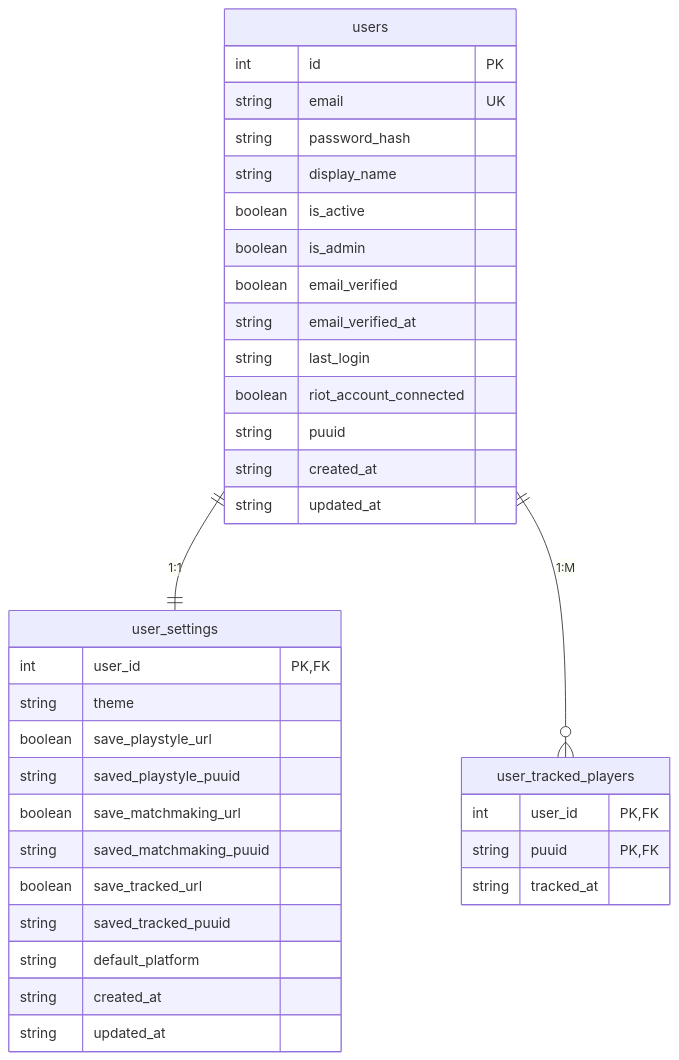
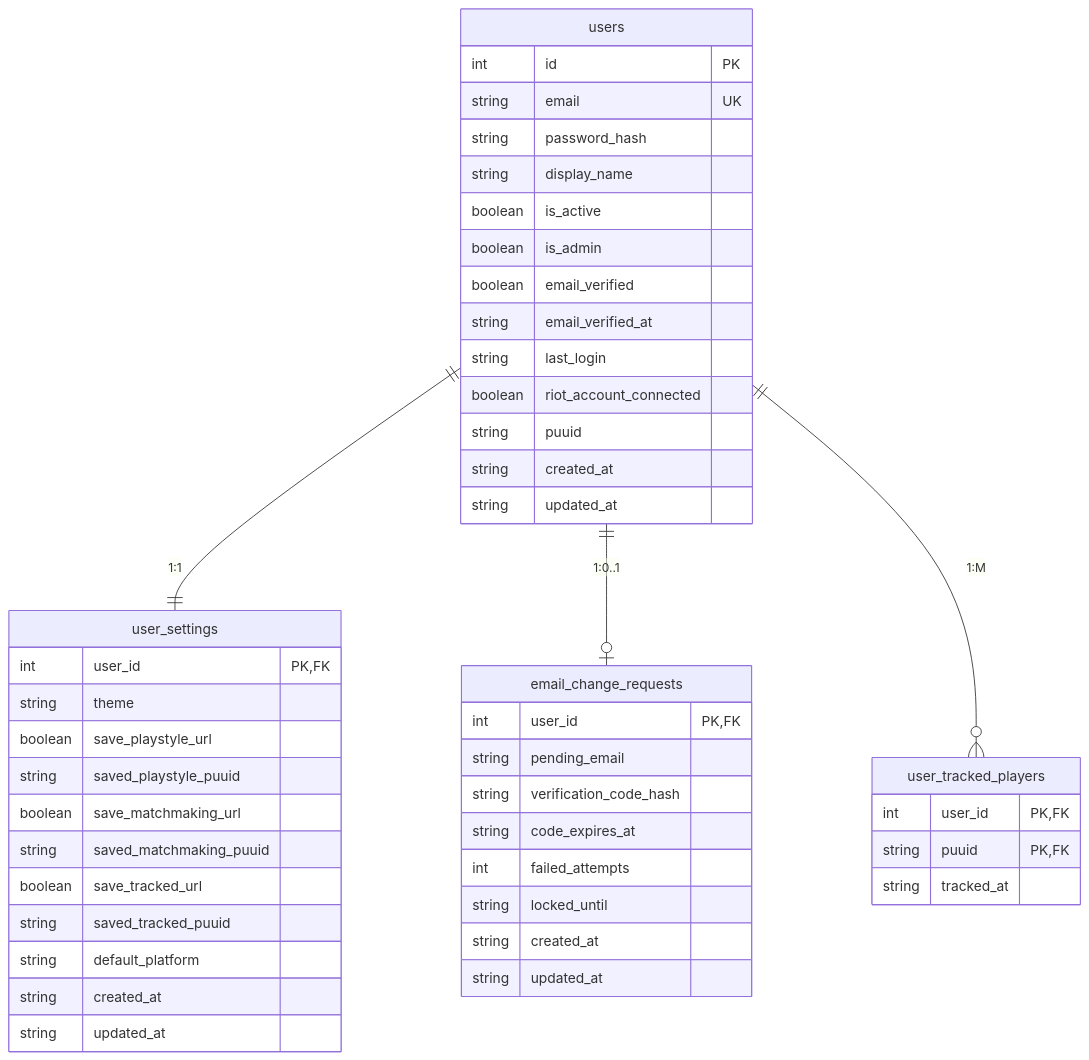
The first of 3 diagrams in docs/database.md (matejkadlec/league-analysis), drawn with Mermaid before and after one commit. The commit also changed other lines of this file and 15 other files, not shown here.

````diff
--- a/docs/database.md
+++ b/docs/database.md
@@ -15,41 +15,53 @@
 ```mermaid
 erDiagram
     users ||--|| user_settings : "1:1"
+    users ||--o| email_change_requests : "1:0..1"
     users ||--o{ user_tracked_players : "1:M"
 
     users {
         int id PK
         string email UK
         string password_hash
         string display_name
         boolean is_active
         boolean is_admin
         boolean email_verified
         string email_verified_at
         string last_login
         boolean riot_account_connected
         string puuid
         string created_at
         string updated_at
     }
 
     user_settings {
         int user_id PK, FK
         string theme
         boolean save_playstyle_url
         string saved_playstyle_puuid
         boolean save_matchmaking_url
         string saved_matchmaking_puuid
         boolean save_tracked_url
         string saved_tracked_puuid
         string default_platform
         string created_at
         string updated_at
     }
 
     user_tracked_players {
         int user_id PK, FK
         string puuid PK, FK
         string tracked_at
     }
+
+    email_change_requests {
+        int user_id PK, FK
+        string pending_email
+        string verification_code_hash
+        string code_expires_at
+        int failed_attempts
+        string locked_until
+        string created_at
+        string updated_at
+    }
 ```
````
